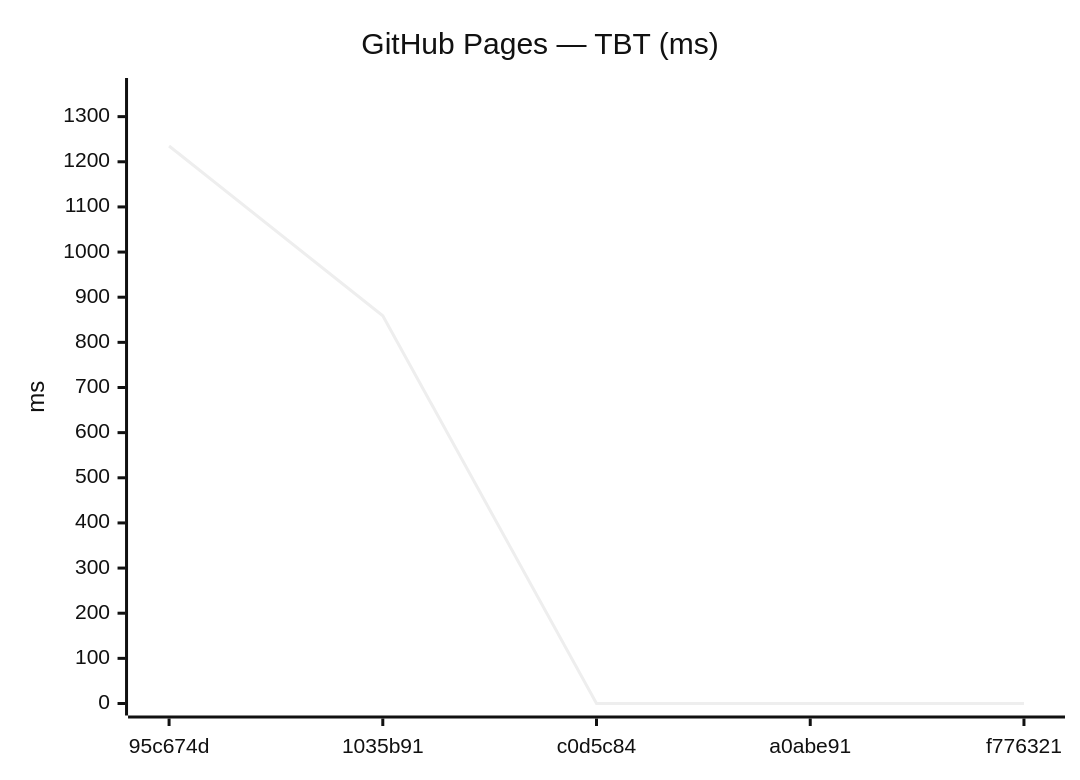
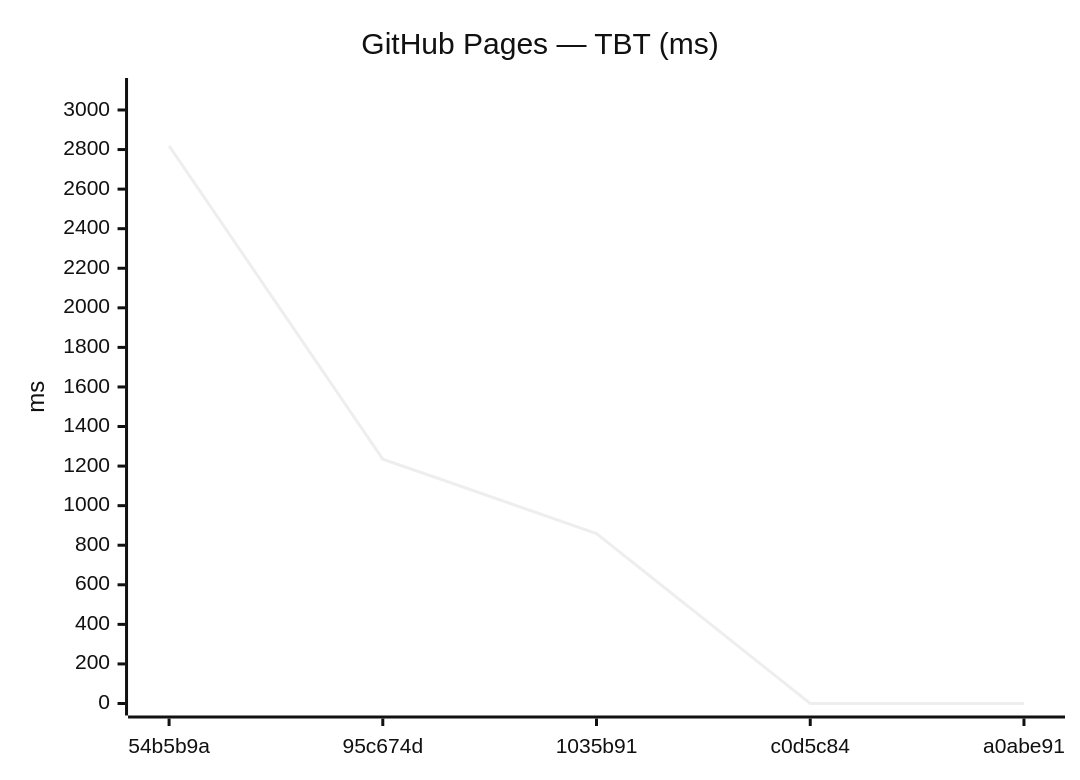
The tenth of 18 diagrams in benchmarks/compare.md (Metaheurist/Rianell), drawn with Mermaid (neutral theme) before and after one commit. The commit also changed other lines of this file and 11 other files, not shown here.

````diff
--- a/benchmarks/compare.md
+++ b/benchmarks/compare.md
@@ -149,7 +149,7 @@
 ```mermaid
 xychart-beta
     title "GitHub Pages — TBT (ms)"
-    x-axis ["95c674d", "1035b91", "c0d5c84", "a0abe91", "f776321"]
-    y-axis "ms" 0 --> 1359
-    line [1235, 859, 0, 0, 0]
+    x-axis ["54b5b9a", "95c674d", "1035b91", "c0d5c84", "a0abe91"]
+    y-axis "ms" 0 --> 3101
+    line [2819, 1235, 859, 0, 0]
 ```
````
